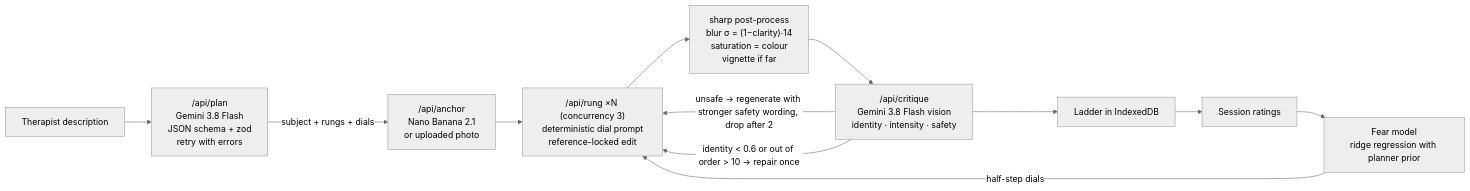
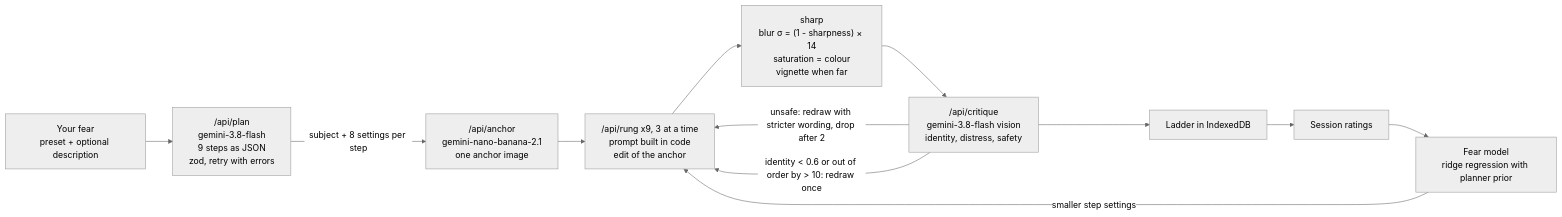
The diagram in README.md (DraxAgon/bannahacks), drawn with Mermaid (neutral theme) before and after one commit. The commit also changed other lines of this file and 38 other files, not shown here.

````diff
--- a/README.md
+++ b/README.md
@@ -46,14 +33,14 @@
 ```mermaid
 flowchart LR
-  A[Therapist description] --> P["/api/plan<br/>Gemini 3.8 Flash<br/>JSON schema + zod<br/>retry with errors"]
-  P -->|subject + rungs + dials| AN["/api/anchor<br/>Nano Banana 2.1<br/>or uploaded photo"]
-  AN --> R["/api/rung ×N (concurrency 3)<br/>deterministic dial prompt<br/>reference-locked edit"]
-  R --> S["sharp post-process<br/>blur σ = (1−clarity)·14<br/>saturation = colour<br/>vignette if far"]
-  S --> C["/api/critique<br/>Gemini 3.8 Flash vision<br/>identity · intensity · safety"]
-  C -->|unsafe → regenerate with stronger safety wording, drop after 2| R
-  C -->|identity < 0.6 or out of order > 10 → repair once| R
-  C --> L[Ladder in IndexedDB]
-  L --> SE[Session ratings]
+  A["Your fear<br/>preset + optional description"] --> P["/api/plan<br/>gemini-3.8-flash<br/>9 steps as JSON<br/>zod, retry with errors"]
+  P -->|subject + 8 settings per step| AN["/api/anchor<br/>gemini-nano-banana-2.1<br/>one anchor image"]
+  AN --> R["/api/rung x9, 3 at a time<br/>prompt built in code<br/>edit of the anchor"]
+  R --> S["sharp<br/>blur σ = (1 - sharpness) × 14<br/>saturation = colour<br/>vignette when far"]
+  S --> C["/api/critique<br/>gemini-3.8-flash vision<br/>identity, distress, safety"]
+  C -->|unsafe: redraw with stricter wording, drop after 2| R
+  C -->|identity < 0.6 or out of order by > 10: redraw once| R
+  C --> L["Ladder in IndexedDB"]
+  L --> SE["Session ratings"]
   SE --> FM["Fear model<br/>ridge regression with planner prior"]
-  FM -->|half-step dials| R
+  FM -->|smaller step settings| R
 ```
````
